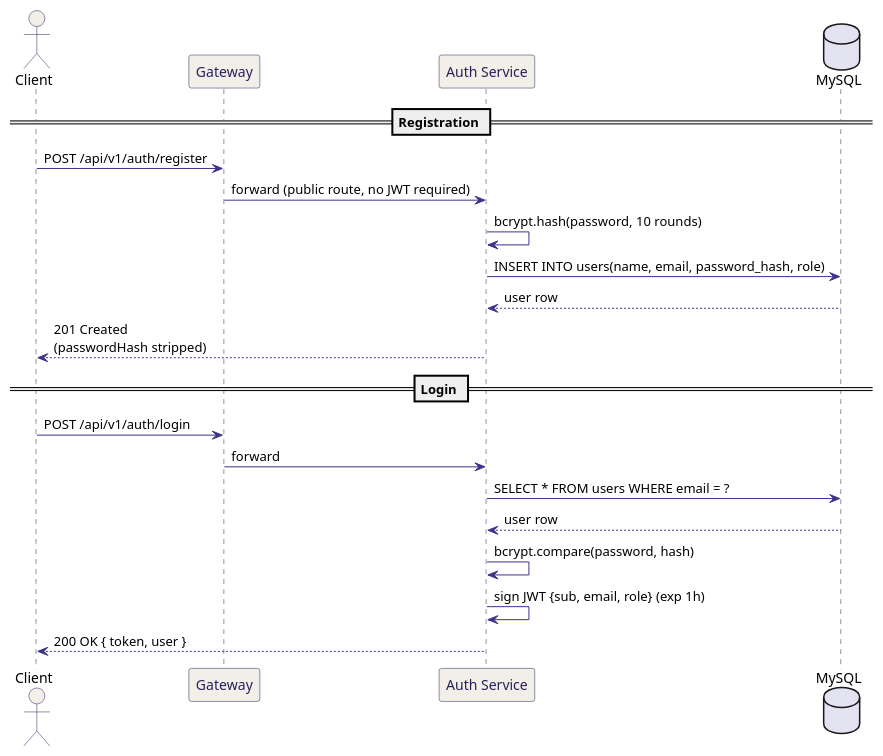
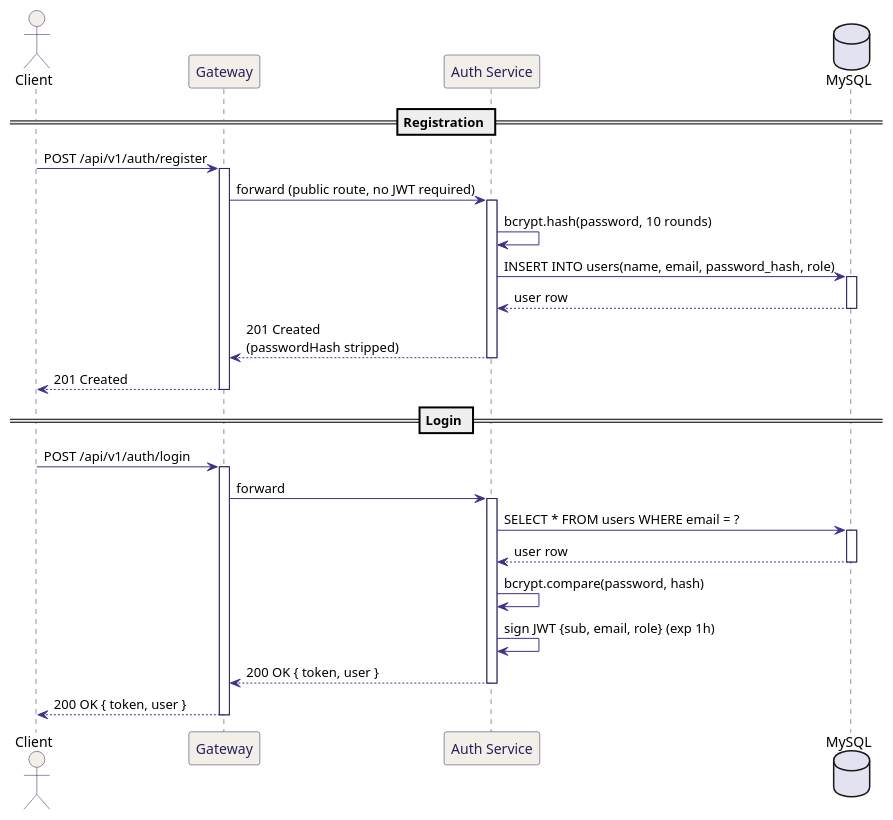
The diagram in documentation/figures/smartschool/03_seq_auth.puml (Suraku237/MarketFlow), drawn with PlantUML before and after one commit. The commit also changed 18 other files, not shown here.

Commit message:
fixing the diagrams and arranging the documentation -----------

```diff
--- a/documentation/figures/smartschool/03_seq_auth.puml
+++ b/documentation/figures/smartschool/03_seq_auth.puml
@@ -1,36 +1,39 @@
 @startuml 03_seq_auth
 skinparam backgroundColor white
 skinparam shadowing false
 skinparam defaultFontName Helvetica
 skinparam sequence {
   ArrowColor #3C3489
   LifeLineBorderColor #26215C
   ParticipantBorderColor #26215C
   ParticipantBackgroundColor #F1EFE8
   ParticipantFontColor #26215C
   ActorBorderColor #26215C
   ActorBackgroundColor #F1EFE8
+  BoxBorderColor #26215C
 }
 
 actor Client
 participant "Gateway" as GW
 participant "Auth Service" as Auth
 database "MySQL" as DB
 
 == Registration ==
-Client -> GW : POST /api/v1/auth/register
-GW -> Auth : forward (public route, no JWT required)
+Client -> GW ++ : POST /api/v1/auth/register
+GW -> Auth ++ : forward (public route, no JWT required)
 Auth -> Auth : bcrypt.hash(password, 10 rounds)
-Auth -> DB : INSERT INTO users(name, email, password_hash, role)
-DB --> Auth : user row
-Auth --> Client : 201 Created\n(passwordHash stripped)
+Auth -> DB ++ : INSERT INTO users(name, email, password_hash, role)
+DB --> Auth -- : user row
+Auth --> GW -- : 201 Created\n(passwordHash stripped)
+GW --> Client -- : 201 Created
 
 == Login ==
-Client -> GW : POST /api/v1/auth/login
-GW -> Auth : forward
-Auth -> DB : SELECT * FROM users WHERE email = ?
-DB --> Auth : user row
+Client -> GW ++ : POST /api/v1/auth/login
+GW -> Auth ++ : forward
+Auth -> DB ++ : SELECT * FROM users WHERE email = ?
+DB --> Auth -- : user row
 Auth -> Auth : bcrypt.compare(password, hash)
 Auth -> Auth : sign JWT {sub, email, role} (exp 1h)
-Auth --> Client : 200 OK { token, user }
+Auth --> GW -- : 200 OK { token, user }
+GW --> Client -- : 200 OK { token, user }
 @enduml
```
